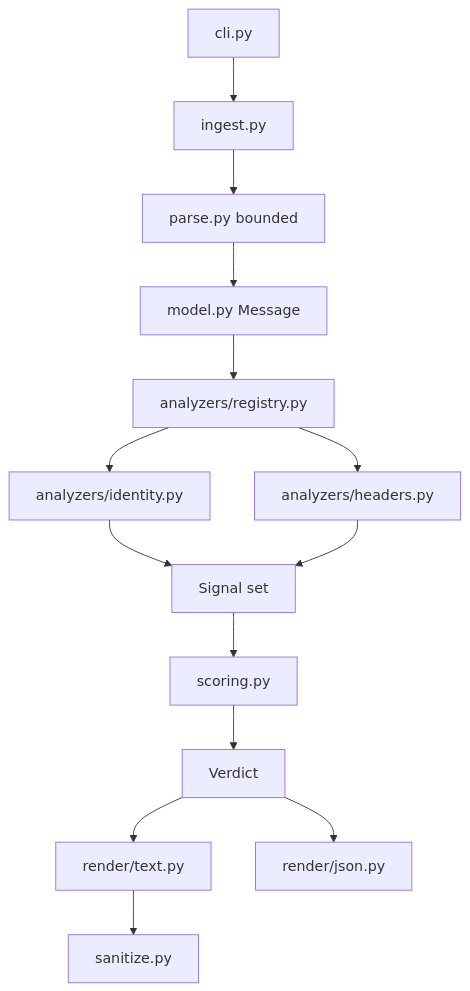
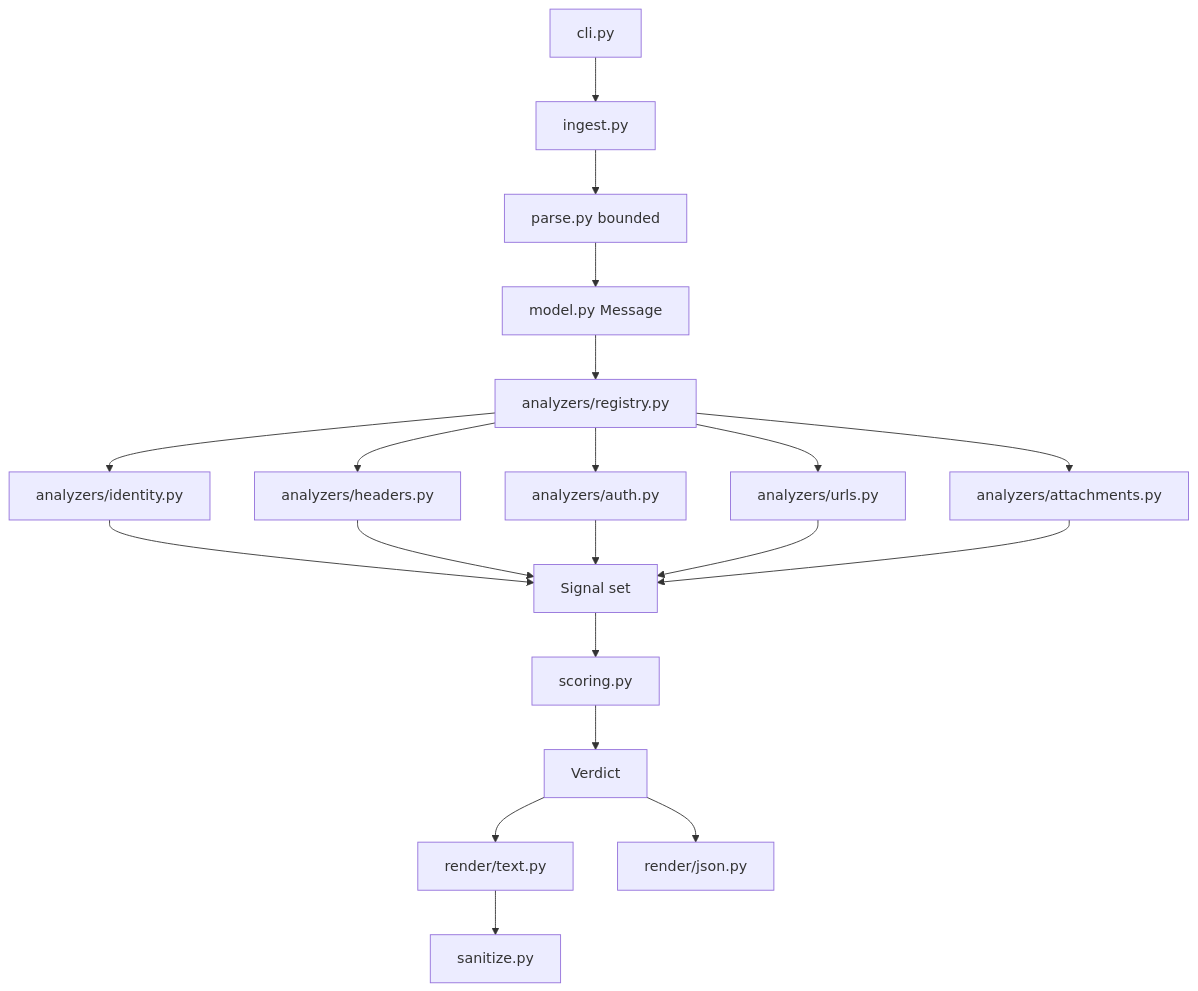
The first of 2 diagrams in docs/DESIGN.md (JobayerBhuiyan/BaitTrace), drawn with Mermaid before and after one commit. The commit also changed other lines of this file and 77 other files, not shown here.

````diff
--- a/docs/DESIGN.md
+++ b/docs/DESIGN.md
@@ -49,16 +50,22 @@
 ```mermaid
 flowchart TD
     CLI["cli.py"] --> Ingest["ingest.py"]
     Ingest --> Parse["parse.py bounded"]
     Parse --> Model["model.py Message"]
     Model --> Registry["analyzers/registry.py"]
     Registry --> IDN["analyzers/identity.py"]
     Registry --> HDR["analyzers/headers.py"]
+    Registry --> AUTH["analyzers/auth.py"]
+    Registry --> URL["analyzers/urls.py"]
+    Registry --> ATT["analyzers/attachments.py"]
     IDN --> Signals["Signal set"]
     HDR --> Signals
+    AUTH --> Signals
+    URL --> Signals
+    ATT --> Signals
     Signals --> Scoring["scoring.py"]
     Scoring --> Verdict["Verdict"]
     Verdict --> Text["render/text.py"]
     Verdict --> Json["render/json.py"]
     Text --> Sanitize["sanitize.py"]
 ```
````
